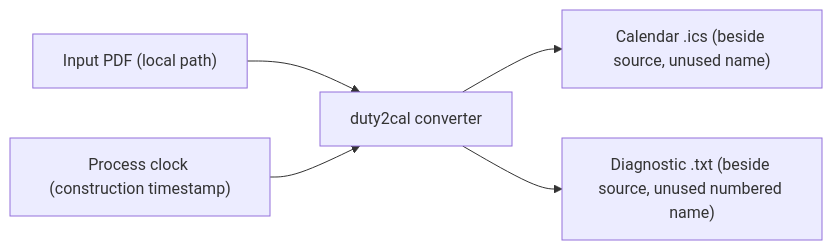
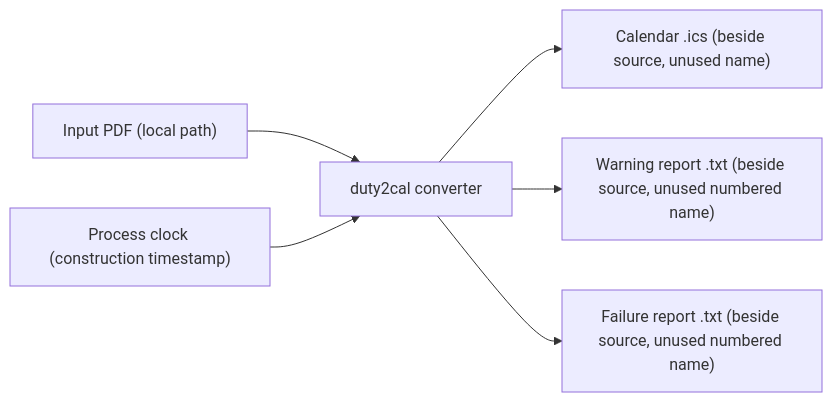
The seventh of 7 diagrams in docs/arc42/03-context-and-scope.md (duty2cal/duty2cal), drawn with Mermaid before and after one commit. The commit also changed other lines of this file and 18 other files, not shown here.

````diff
--- a/docs/arc42/03-context-and-scope.md
+++ b/docs/arc42/03-context-and-scope.md
@@ -193,7 +194,8 @@
 ```mermaid
 flowchart LR
   pdf["Input PDF (local path)"] --> conv["duty2cal converter"]
   conv --> ics["Calendar .ics (beside source, unused name)"]
-  conv --> diag["Diagnostic .txt (beside source, unused numbered name)"]
+  conv --> warn["Warning report .txt (beside source, unused numbered name)"]
+  conv --> diag["Failure report .txt (beside source, unused numbered name)"]
   crypto["Process clock (construction timestamp)"] --> conv
 ```
````
